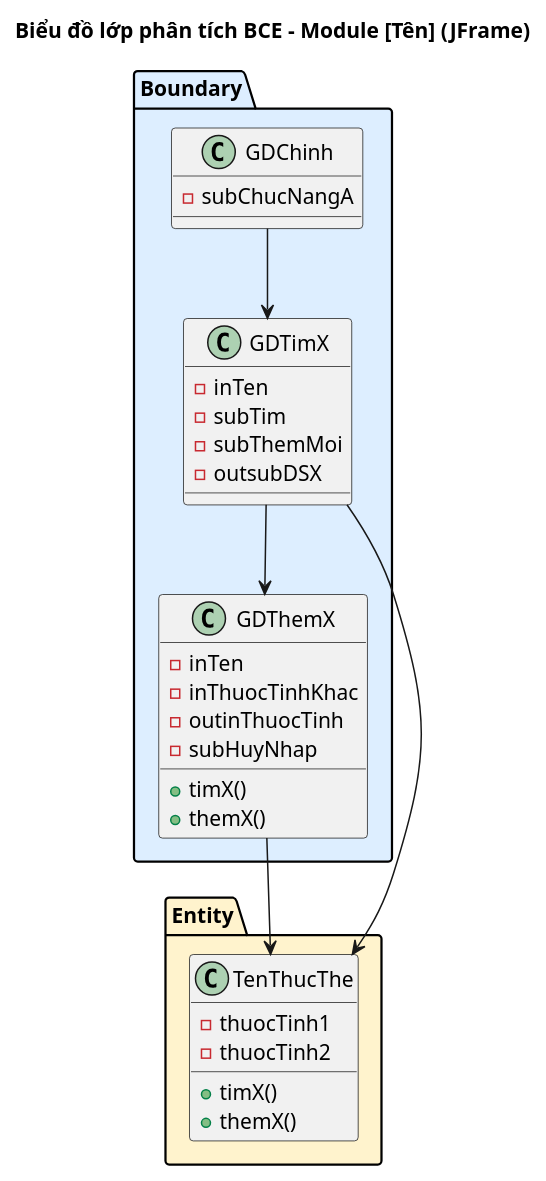
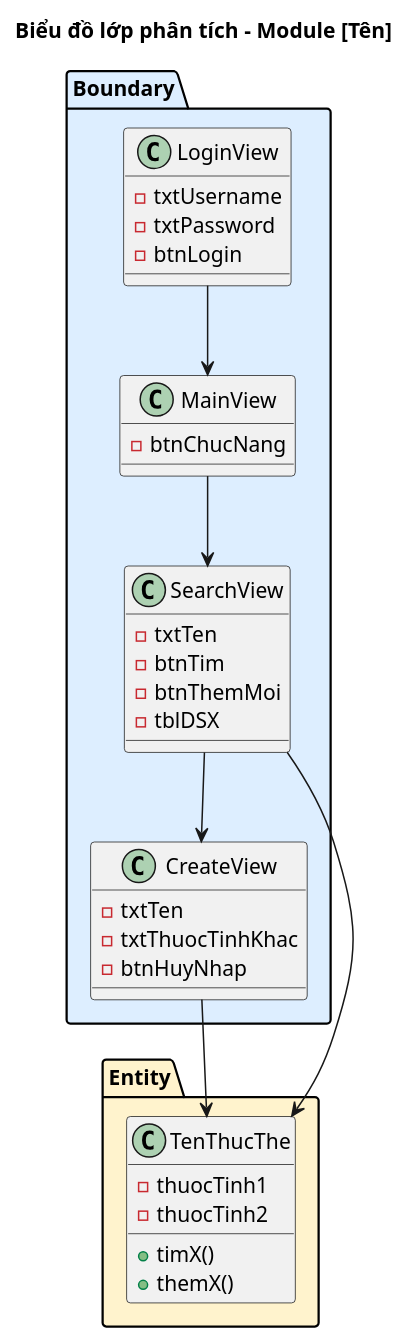
Before and after one commit to thanhtrnnn/cnpm: the diagram in .claude/skills/cnpm/references/ii.3_sodo_lop_phantich.md, drawn with PlantUML. The commit also changed other lines of this file, not shown here.

First line of the commit message:
feat: analysis narrative style + View suffix in ii.3

````diff
--- a/.claude/skills/cnpm/references/ii.3_sodo_lop_phantich.md
+++ b/.claude/skills/cnpm/references/ii.3_sodo_lop_phantich.md
@@ -52,39 +49,42 @@
 ```plantuml
 @startuml
-title Biểu đồ lớp phân tích BCE – Module [Tên] (JFrame)
+title Biểu đồ lớp phân tích – Module [Tên]
 
 package "Boundary" #DDEEFF {
-  class GDChinh {
-    -subChucNangA
+  class LoginView {
+    -txtUsername
+    -txtPassword
+    -btnLogin
   }
-  class GDTimX {
-    -inTen
-    -subTim
-    -subThemMoi
-    -outsubDSX
+  class MainView {
+    -btnChucNang
   }
-  class GDThemX {
-    -inTen
-    -inThuocTinhKhac
-    -outinThuocTinh
-    -subHuyNhap
-    +timX()
-    +themX()
+  class SearchView {
+    -txtTen
+    -btnTim
+    -btnThemMoi
+    -tblDSX
+  }
+  class CreateView {
+    -txtTen
+    -txtThuocTinhKhac
+    -btnHuyNhap
   }
 }
 
 package "Entity" #FFF3CD {
   class TenThucThe {
     -thuocTinh1
     -thuocTinh2
     +timX()
     +themX()
   }
 }
 
-GDChinh --> GDTimX
-GDTimX --> GDThemX
-GDTimX --> TenThucThe
-GDThemX --> TenThucThe
+LoginView --> MainView
+MainView --> SearchView
+SearchView --> CreateView
+SearchView --> TenThucThe
+CreateView --> TenThucThe
 @enduml
 ```
````
